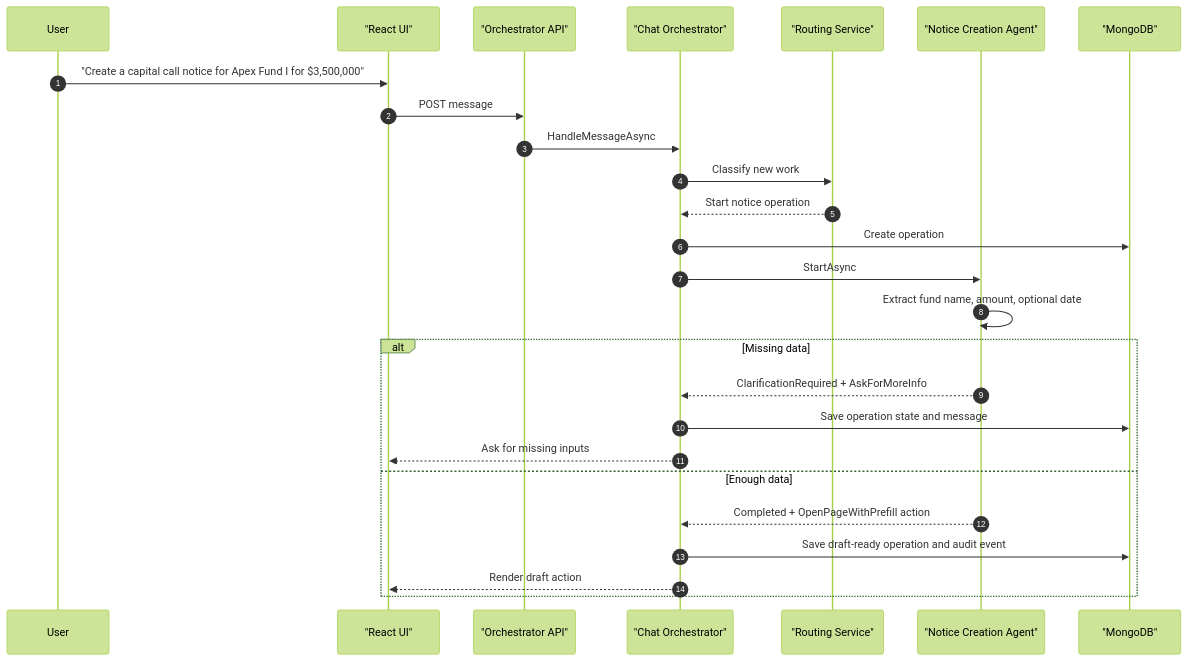
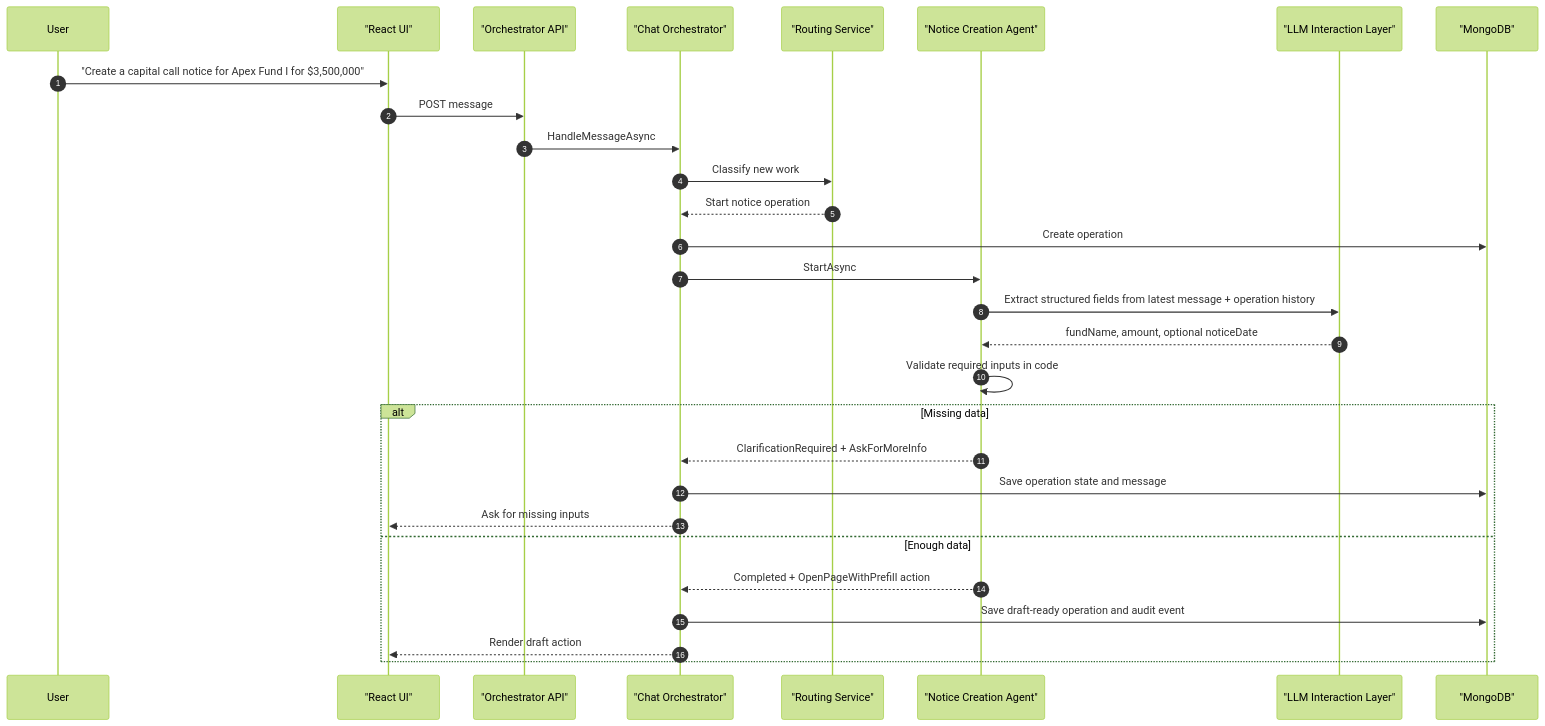
The fifth of 15 diagrams in docs/system-design.md (naveenpatilcbit/agentic-orchestrator), drawn with Mermaid (forest theme) before and after one commit. The commit also changed other lines of this file and 16 other files, not shown here.

````diff
--- a/docs/system-design.md
+++ b/docs/system-design.md
@@ -374,30 +435,33 @@
 ```mermaid
 sequenceDiagram
     autonumber
     participant U as User
     participant UI as "React UI"
     participant API as "Orchestrator API"
     participant CHAT as "Chat Orchestrator"
     participant ROUTER as "Routing Service"
     participant AGENT as "Notice Creation Agent"
+    participant LLM as "LLM Interaction Layer"
     participant DB as "MongoDB"
 
     U->>UI: "Create a capital call notice for Apex Fund I for $3,500,000"
     UI->>API: POST message
     API->>CHAT: HandleMessageAsync
     CHAT->>ROUTER: Classify new work
     ROUTER-->>CHAT: Start notice operation
     CHAT->>DB: Create operation
     CHAT->>AGENT: StartAsync
-    AGENT->>AGENT: Extract fund name, amount, optional date
+    AGENT->>LLM: Extract structured fields from latest message + operation history
+    LLM-->>AGENT: fundName, amount, optional noticeDate
+    AGENT->>AGENT: Validate required inputs in code
 
     alt Missing data
         AGENT-->>CHAT: ClarificationRequired + AskForMoreInfo
         CHAT->>DB: Save operation state and message
         CHAT-->>UI: Ask for missing inputs
     else Enough data
         AGENT-->>CHAT: Completed + OpenPageWithPrefill action
         CHAT->>DB: Save draft-ready operation and audit event
         CHAT-->>UI: Render draft action
     end
 ```
````
